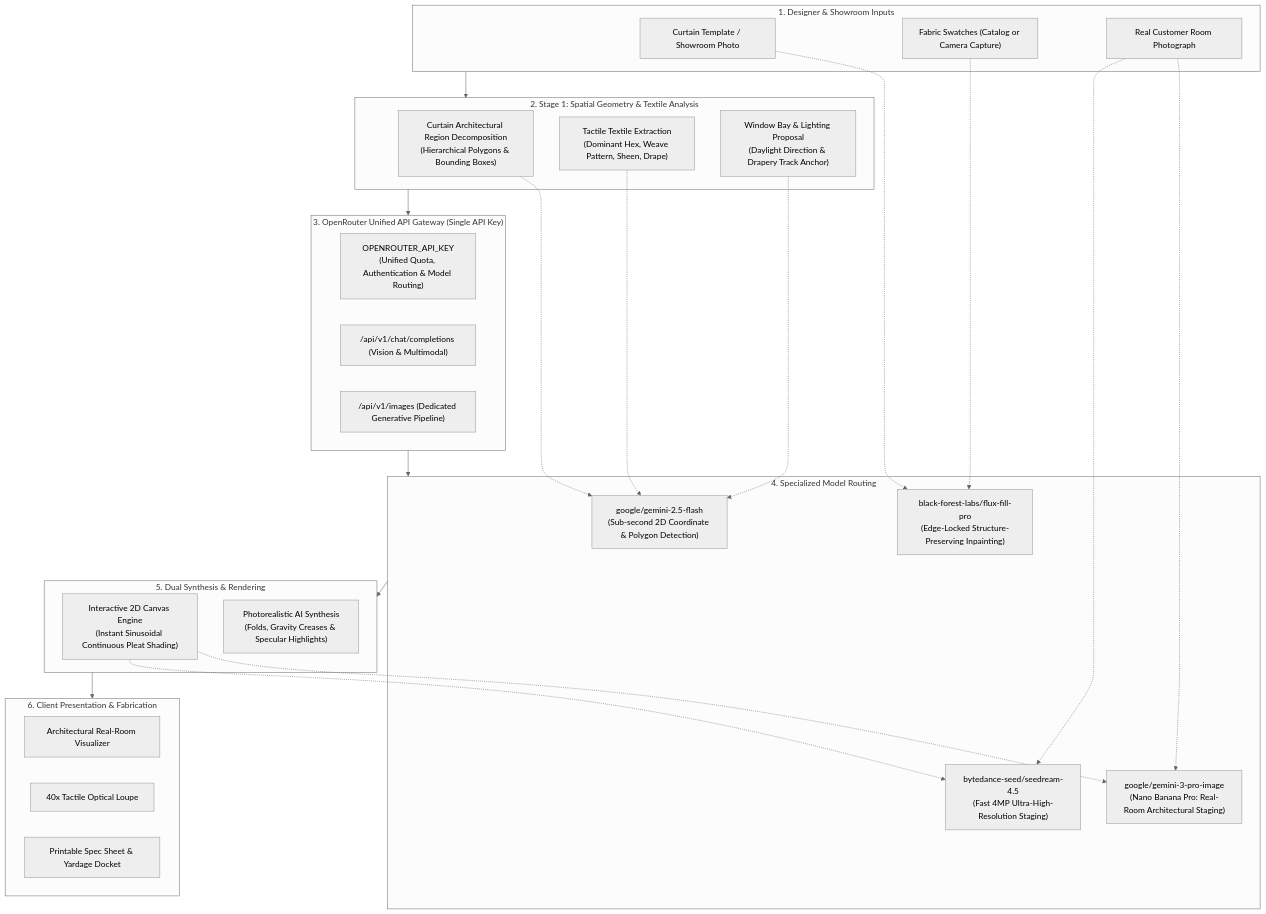
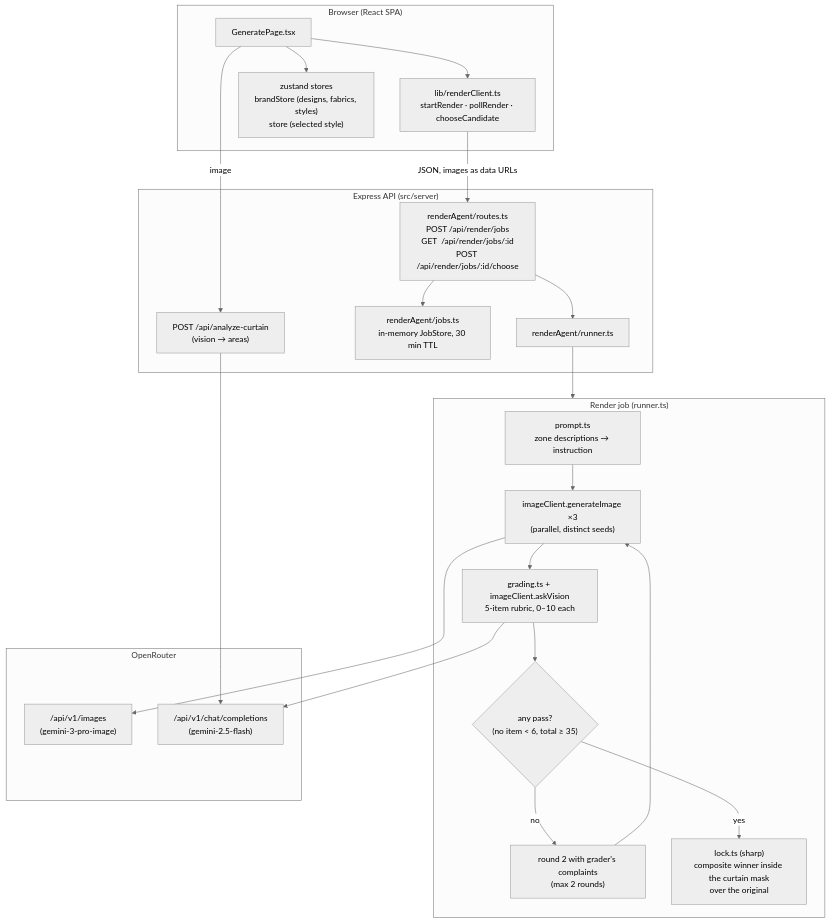
Before and after one commit to Vijendrapratap/Aatmi-curtain: the second of 2 diagrams in README.md, drawn with Mermaid (neutral theme). The commit also changed other lines of this file, not shown here.

First line of the commit message:
docs(readme): describe the current Generate flow, render pipeline and architecture

````diff
--- a/README.md
+++ b/README.md
@@ -21,50 +45,43 @@
 ```mermaid
-flowchart TD
-    subgraph Inputs["1. Designer & Showroom Inputs"]
-        A1["Curtain Template / Showroom Photo"]
-        A2["Fabric Swatches (Catalog or Camera Capture)"]
-        A3["Real Customer Room Photograph"]
+flowchart TB
+    subgraph Browser["Browser (React SPA)"]
+        GP["GeneratePage.tsx"]
+        RC["lib/renderClient.ts\nstartRender · pollRender · chooseCandidate"]
+        ST["zustand stores\nbrandStore (designs, fabrics, styles)\nstore (selected style)"]
+        GP --> RC
+        GP --> ST
     end
 
-    subgraph Stage1["2. Stage 1: Spatial Geometry & Textile Analysis"]
-        B1["Curtain Architectural Region Decomposition\n(Hierarchical Polygons & Bounding Boxes)"]
-        B2["Tactile Textile Extraction\n(Dominant Hex, Weave Pattern, Sheen, Drape)"]
-        B3["Window Bay & Lighting Proposal\n(Daylight Direction & Drapery Track Anchor)"]
+    subgraph Server["Express API (src/server)"]
+        AN["POST /api/analyze-curtain\n(vision → areas)"]
+        RT["renderAgent/routes.ts\nPOST /api/render/jobs\nGET  /api/render/jobs/:id\nPOST /api/render/jobs/:id/choose"]
+        JS["renderAgent/jobs.ts\nin-memory JobStore, 30 min TTL"]
+        RN["renderAgent/runner.ts"]
+        RT --> JS
+        RT --> RN
     end
 
-    subgraph OpenRouterGateway["3. OpenRouter Unified API Gateway (Single API Key)"]
-        C1["OPENROUTER_API_KEY\n(Unified Quota, Authentication & Model Routing)"]
-        C2["/api/v1/chat/completions (Vision & Multimodal)"]
-        C3["/api/v1/images (Dedicated Generative Pipeline)"]
+    subgraph Pipeline["Render job (runner.ts)"]
+        P["prompt.ts\nzone descriptions → instruction"]
+        GEN["imageClient.generateImage ×3\n(parallel, distinct seeds)"]
+        GR["grading.ts + imageClient.askVision\n5-item rubric, 0–10 each"]
+        SEL{"any pass?\n(no item < 6, total ≥ 35)"}
+        RETRY["round 2 with grader's complaints\n(max 2 rounds)"]
+        LK["lock.ts (sharp)\ncomposite winner inside the curtain mask\nover the original"]
+        P --> GEN --> GR --> SEL
+        SEL -- no --> RETRY --> GEN
+        SEL -- yes --> LK
     end
 
-    subgraph Stage2["4. Specialized Model Routing"]
-        D1["google/gemini-2.5-flash\n(Sub-second 2D Coordinate & Polygon Detection)"]
-        D2["black-forest-labs/flux-fill-pro\n(Edge-Locked Structure-Preserving Inpainting)"]
-        D3["google/gemini-3-pro-image\n(Nano Banana Pro: Real-Room Architectural Staging)"]
-        D4["bytedance-seed/seedream-4.5\n(Fast 4MP Ultra-High-Resolution Staging)"]
+    subgraph Provider["OpenRouter"]
+        IM["/api/v1/images\n(gemini-3-pro-image)"]
+        CH["/api/v1/chat/completions\n(gemini-2.5-flash)"]
     end
 
-    subgraph Stage3["5. Dual Synthesis & Rendering"]
-        E1["Interactive 2D Canvas Engine\n(Instant Sinusoidal Continuous Pleat Shading)"]
-        E2["Photorealistic AI Synthesis\n(Folds, Gravity Creases & Specular Highlights)"]
-    end
-
-    subgraph Output["6. Client Presentation & Fabrication"]
-        F1["Architectural Real-Room Visualizer"]
-        F2["40x Tactile Optical Loupe"]
-        F3["Printable Spec Sheet & Yardage Docket"]
-    end
-
-    Inputs --> Stage1
-    Stage1 --> OpenRouterGateway
-    OpenRouterGateway --> Stage2
-
-    B1 & B2 & B3 -.-> D1
-    A1 & A2 -.-> D2
-    A3 & E1 -.-> D3
-    A3 & E1 -.-> D4
-
-    Stage2 --> Stage3
-    Stage3 --> Output
+    RC -->|JSON, images as data URLs| RT
+    GP -->|image| AN
+    AN --> CH
+    RN --> Pipeline
+    GEN --> IM
+    GR --> CH
 ```
````
